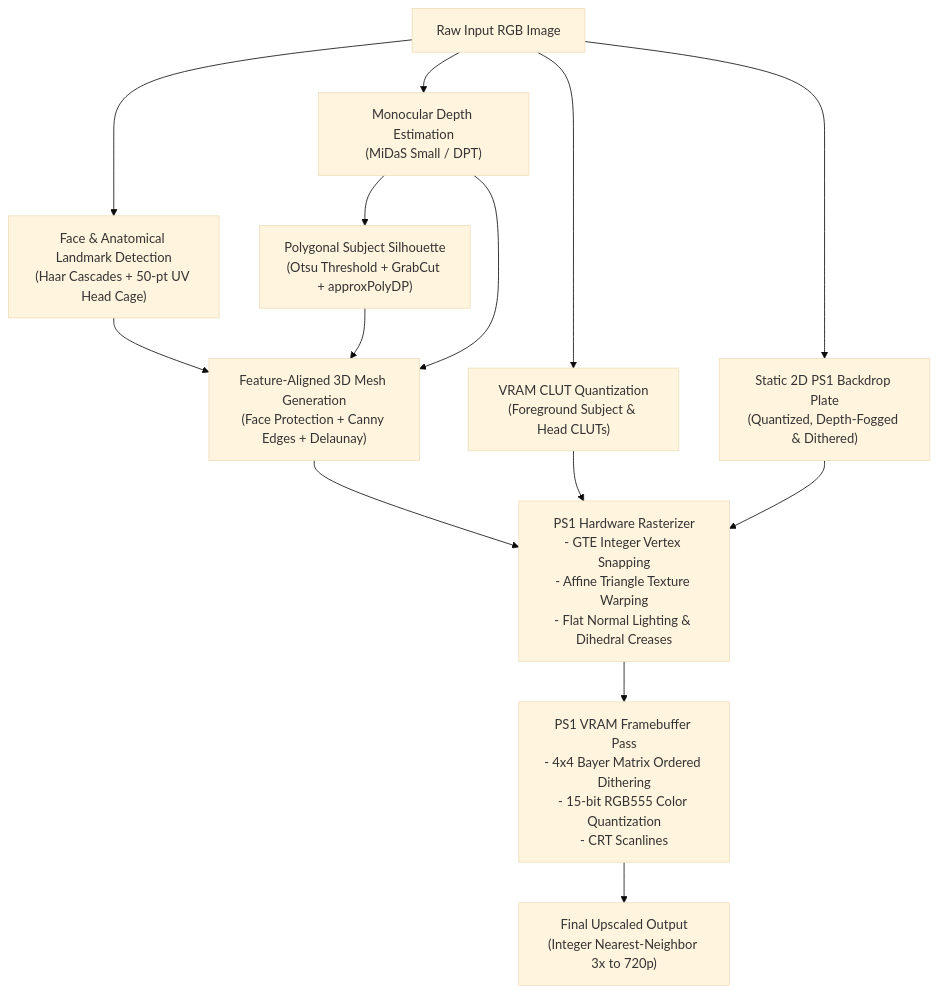
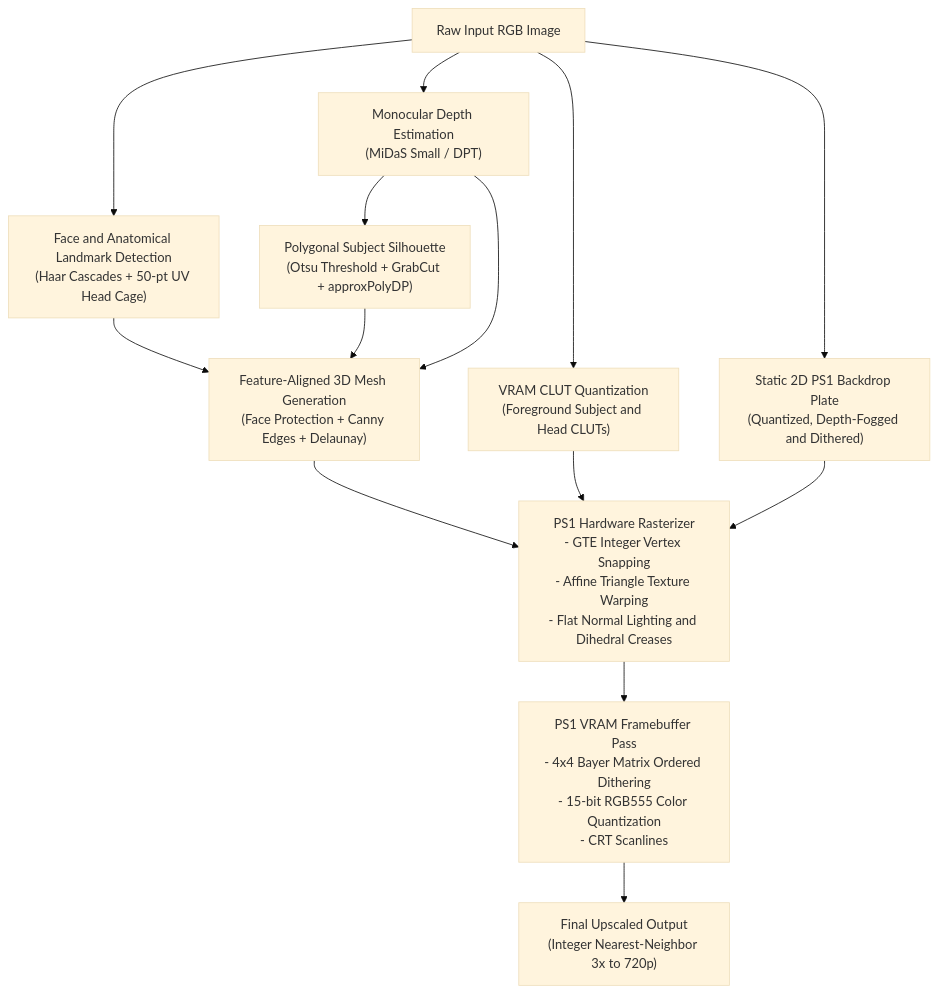
One commit to yavuzselimuyaner/Low-Poly-Everything changed the diagram in README.md. Above: the diagram before and after it, drawn with Mermaid (base theme). The commit also changed other lines of this file and 5 other files, not shown here.

````diff
--- a/README.md
+++ b/README.md
@@ -51,20 +52,20 @@
 ```mermaid
 flowchart TD
     A["Raw Input RGB Image"] --> B["Monocular Depth Estimation<br/>(MiDaS Small / DPT)"]
-    A --> C["Face & Anatomical Landmark Detection<br/>(Haar Cascades + 50-pt UV Head Cage)"]
+    A --> C["Face and Anatomical Landmark Detection<br/>(Haar Cascades + 50-pt UV Head Cage)"]
     B --> D["Polygonal Subject Silhouette<br/>(Otsu Threshold + GrabCut + approxPolyDP)"]
     
     C --> E["Feature-Aligned 3D Mesh Generation<br/>(Face Protection + Canny Edges + Delaunay)"]
     D --> E
     B --> E
 
-    A --> F["VRAM CLUT Quantization<br/>(Foreground Subject & Head CLUTs)"]
-    A --> G["Static 2D PS1 Backdrop Plate<br/>(Quantized, Depth-Fogged & Dithered)"]
+    A --> F["VRAM CLUT Quantization<br/>(Foreground Subject and Head CLUTs)"]
+    A --> G["Static 2D PS1 Backdrop Plate<br/>(Quantized, Depth-Fogged and Dithered)"]
     
-    E --> H["PS1 Hardware Rasterizer<br/>- GTE Integer Vertex Snapping<br/>- Affine Triangle Texture Warping<br/>- Flat Normal Lighting & Dihedral Creases"]
+    E --> H["PS1 Hardware Rasterizer<br/>- GTE Integer Vertex Snapping<br/>- Affine Triangle Texture Warping<br/>- Flat Normal Lighting and Dihedral Creases"]
     F --> H
     G --> H
     
     H --> I["PS1 VRAM Framebuffer Pass<br/>- 4x4 Bayer Matrix Ordered Dithering<br/>- 15-bit RGB555 Color Quantization<br/>- CRT Scanlines"]
     I --> J["Final Upscaled Output<br/>(Integer Nearest-Neighbor 3x to 720p)"]
 ```
````
